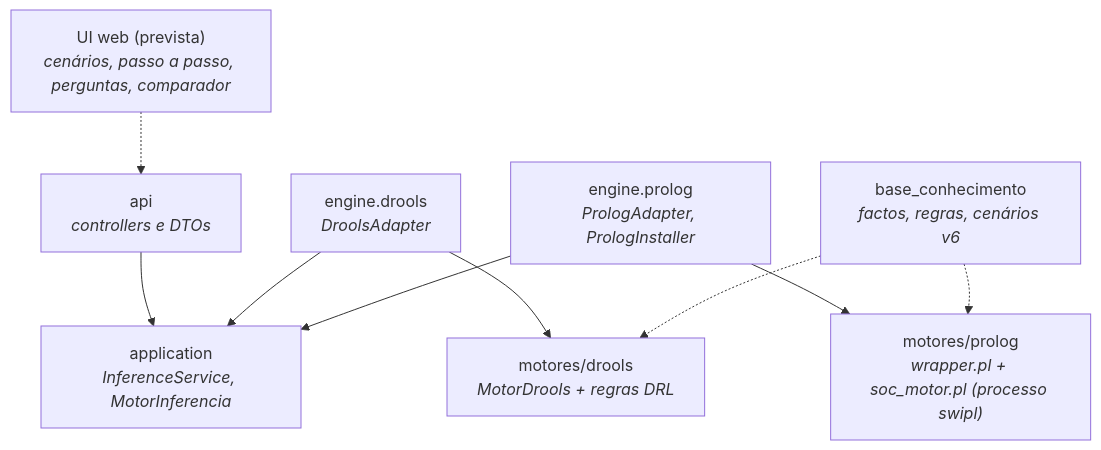
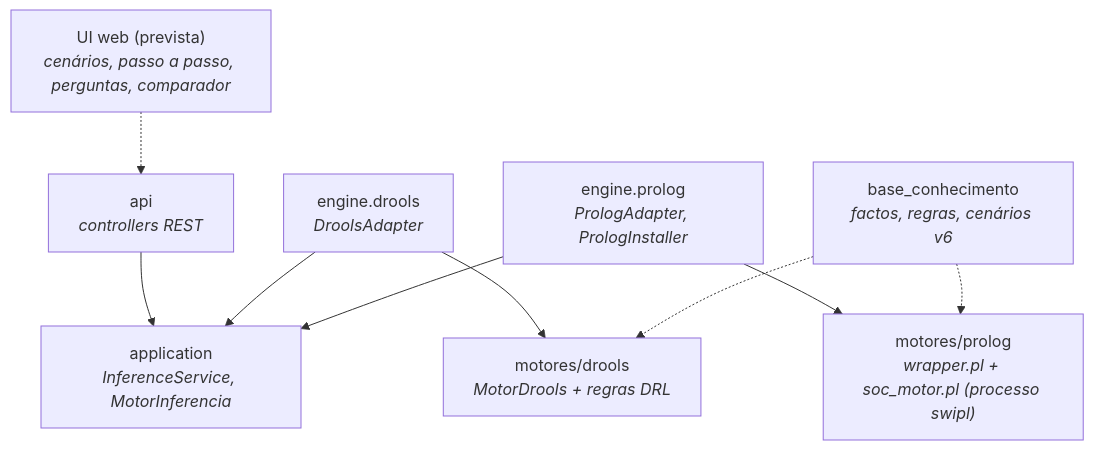
Before and after one commit to Francisco1221780/SOCrates: the diagram in README.md, drawn with Mermaid. The commit also changed other lines of this file and 1 other file, not shown here.

````diff
--- a/README.md
+++ b/README.md
@@ -82,20 +77,20 @@
 ```mermaid
 flowchart TD
     UI["UI web (prevista)<br/><i>cenários, passo a passo, perguntas, comparador</i>"]
-    API["api<br/><i>controllers e DTOs</i>"]
+    API["api<br/><i>controllers REST</i>"]
     APP["application<br/><i>InferenceService, MotorInferencia</i>"]
     DA["engine.drools<br/><i>DroolsAdapter</i>"]
     PA["engine.prolog<br/><i>PrologAdapter, PrologInstaller</i>"]
     MD["motores/drools<br/><i>MotorDrools + regras DRL</i>"]
     MP["motores/prolog<br/><i>wrapper.pl + soc_motor.pl (processo swipl)</i>"]
     KB["base_conhecimento<br/><i>factos, regras, cenários v6</i>"]
 
     UI -.-> API
     API --> APP
     DA --> APP
     PA --> APP
     DA --> MD
     PA --> MP
     KB -.-> MP
     KB -.-> MD
 ```
````
